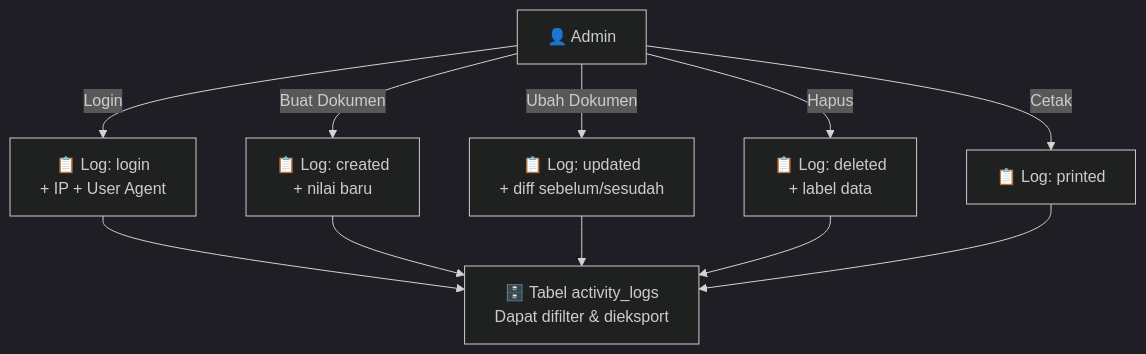
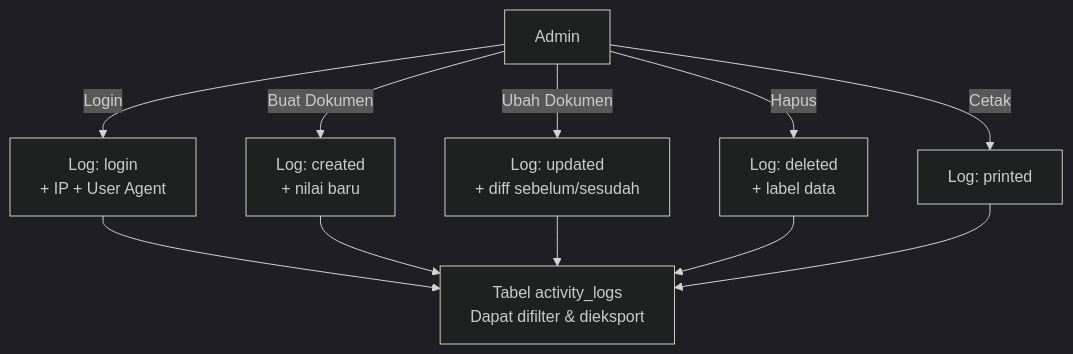
Before and after one commit to diskonnekted/jdih: the fourth of 7 diagrams in docs/laporan_pentest_jdih.md, drawn with Mermaid (dark theme). The commit also changed other lines of this file and 2 other files, not shown here.

First line of the commit message:
docs: hapus semua emoji dari laporan MD (clean text only)

````diff
--- a/docs/laporan_pentest_jdih.md
+++ b/docs/laporan_pentest_jdih.md
@@ -88,9 +86,9 @@
 ```mermaid
 flowchart TD
-    Admin["👤 Admin"] -->|Login| Log1["📋 Log: login\n+ IP + User Agent"]
-    Admin -->|Buat Dokumen| Log2["📋 Log: created\n+ nilai baru"]
-    Admin -->|Ubah Dokumen| Log3["📋 Log: updated\n+ diff sebelum/sesudah"]
-    Admin -->|Hapus| Log4["📋 Log: deleted\n+ label data"]
-    Admin -->|Cetak| Log5["📋 Log: printed"]
-    Log1 & Log2 & Log3 & Log4 & Log5 --> DB["🗄️ Tabel activity_logs\nDapat difilter & dieksport"]
+    Admin["Admin"] -->|Login| Log1["Log: login\n+ IP + User Agent"]
+    Admin -->|Buat Dokumen| Log2["Log: created\n+ nilai baru"]
+    Admin -->|Ubah Dokumen| Log3["Log: updated\n+ diff sebelum/sesudah"]
+    Admin -->|Hapus| Log4["Log: deleted\n+ label data"]
+    Admin -->|Cetak| Log5["Log: printed"]
+    Log1 & Log2 & Log3 & Log4 & Log5 --> DB["Tabel activity_logs\nDapat difilter & dieksport"]
 ```
````
